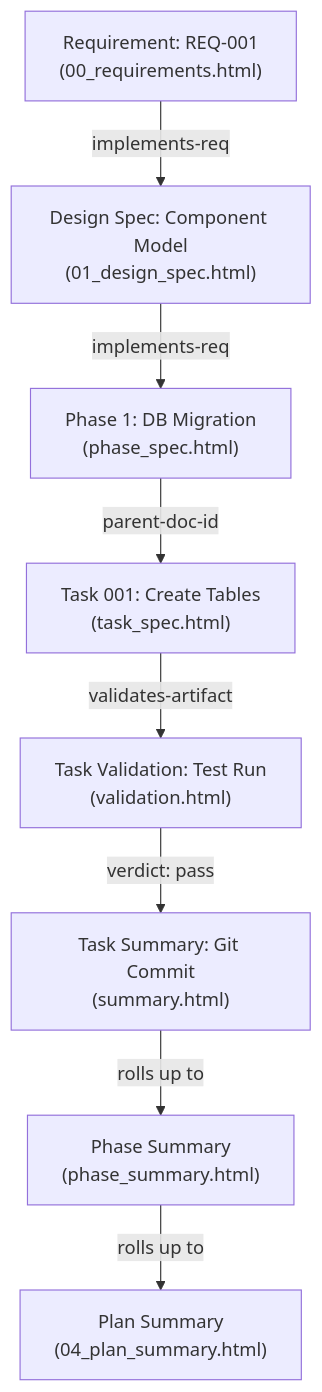
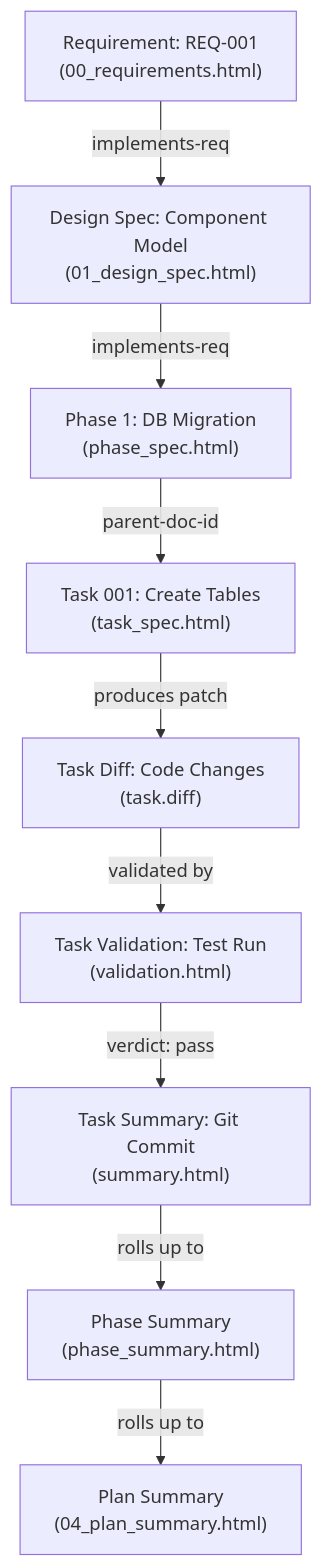
The second of 2 diagrams in build-docs/docs/work-items/README.md (Equitable-Innovations/tosh), drawn with Mermaid before and after one commit. The commit also changed other lines of this file and 32 other files, not shown here.

````diff
--- a/build-docs/docs/work-items/README.md
+++ b/build-docs/docs/work-items/README.md
@@ -444,10 +450,11 @@
 ```mermaid
 graph TD
     REQ["Requirement: REQ-001<br/>(00_requirements.html)"] -->|" implements-req "| DESIGN["Design Spec: Component Model<br/>(01_design_spec.html)"]
     DESIGN -->|" implements-req "| PLAN["Phase 1: DB Migration<br/>(phase_spec.html)"]
     PLAN -->|" parent-doc-id "| TASK["Task 001: Create Tables<br/>(task_spec.html)"]
-    TASK -->|" validates-artifact "| VAL["Task Validation: Test Run<br/>(validation.html)"]
+    TASK -->|" produces patch "| DIFF["Task Diff: Code Changes<br/>(task.diff)"]
+    DIFF -->|" validated by "| VAL["Task Validation: Test Run<br/>(validation.html)"]
     VAL -->|" verdict: pass "| SUM["Task Summary: Git Commit<br/>(summary.html)"]
     SUM -->|" rolls up to "| PSUM["Phase Summary<br/>(phase_summary.html)"]
     PSUM -->|" rolls up to "| WISUM["Plan Summary<br/>(04_plan_summary.html)"]
 ```
````
